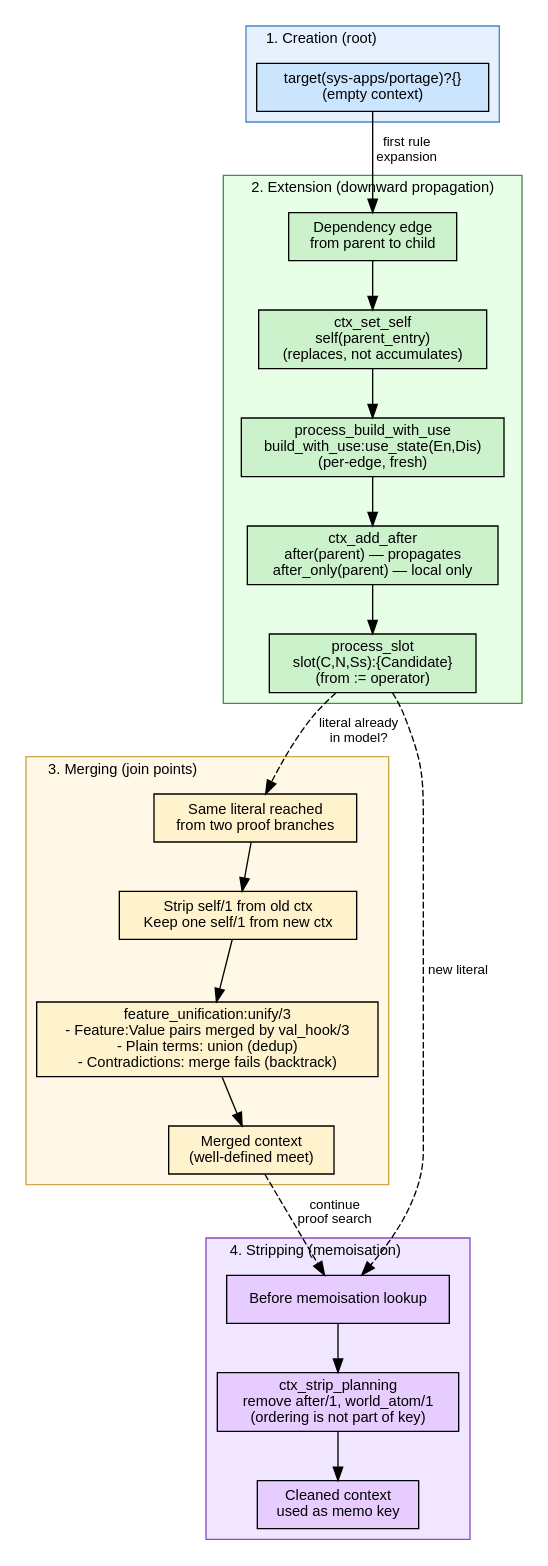
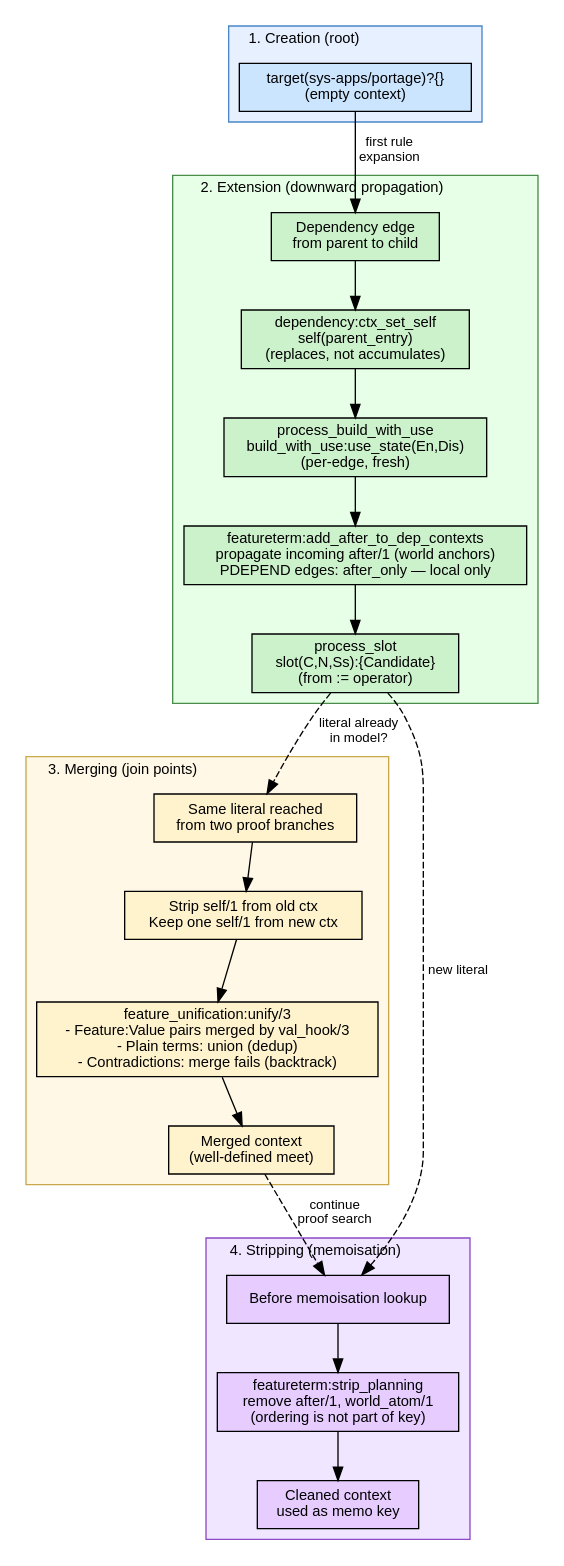
The diagram in Documentation/Handbook/Diagrams/20-context-lifecycle.dot (pvdabeel/prolog), drawn with Graphviz before and after one commit. The commit also changed 83 other files, not shown here.

```diff
--- a/Documentation/Handbook/Diagrams/20-context-lifecycle.dot
+++ b/Documentation/Handbook/Diagrams/20-context-lifecycle.dot
@@ -1,79 +1,79 @@
 // Chapter 20 — Context lifecycle: creation, extension, merging, stripping
 // Render: dot -Tsvg 20-context-lifecycle.dot -o 20-context-lifecycle.svg
 
 digraph context_lifecycle {
     rankdir=TB;
     fontname="Helvetica";
     fontsize=11;
     node [fontname="Helvetica", fontsize=11, style=filled];
     edge [fontname="Helvetica", fontsize=10];
 
     // Phase 1: Creation
     subgraph cluster_create {
         label="1. Creation (root)";
         labeljust=l;
         style=filled;
         fillcolor="#e6f0ff";
         color="#4a86c8";
 
         node [shape=box, fillcolor="#cce5ff"];
         root [label="target(sys-apps/portage)?{}\n(empty context)"];
     }
 
     // Phase 2: Extension
     subgraph cluster_extend {
         label="2. Extension (downward propagation)";
         labeljust=l;
         style=filled;
         fillcolor="#e6ffe6";
         color="#4a8c4a";
 
         node [shape=box, fillcolor="#ccf2cc"];
         dep_edge [label="Dependency edge\nfrom parent to child"];
-        add_self [label="ctx_set_self\nself(parent_entry)\n(replaces, not accumulates)"];
+        add_self [label="dependency:ctx_set_self\nself(parent_entry)\n(replaces, not accumulates)"];
         add_bwu [label="process_build_with_use\nbuild_with_use:use_state(En,Dis)\n(per-edge, fresh)"];
-        add_after [label="ctx_add_after\nafter(parent) — propagates\nafter_only(parent) — local only"];
+        add_after [label="featureterm:add_after_to_dep_contexts\npropagate incoming after/1 (world anchors)\nPDEPEND edges: after_only — local only"];
         add_slot [label="process_slot\nslot(C,N,Ss):{Candidate}\n(from := operator)"];
 
         dep_edge -> add_self -> add_bwu -> add_after -> add_slot;
     }
 
     // Phase 3: Merging
     subgraph cluster_merge {
         label="3. Merging (join points)";
         labeljust=l;
         style=filled;
         fillcolor="#fff8e6";
         color="#c8a84a";
 
         node [shape=box, fillcolor="#fff3cd"];
         join [label="Same literal reached\nfrom two proof branches"];
         strip_self [label="Strip self/1 from old ctx\nKeep one self/1 from new ctx"];
         feat_unify [label="feature_unification:unify/3\n- Feature:Value pairs merged by val_hook/3\n- Plain terms: union (dedup)\n- Contradictions: merge fails (backtrack)"];
         merged [label="Merged context\n(well-defined meet)"];
 
         join -> strip_self -> feat_unify -> merged;
     }
 
     // Phase 4: Stripping
     subgraph cluster_strip {
         label="4. Stripping (memoisation)";
         labeljust=l;
         style=filled;
         fillcolor="#f0e6ff";
         color="#8c4ac8";
 
         node [shape=box, fillcolor="#e6ccff"];
         memo_check [label="Before memoisation lookup"];
-        strip_plan [label="ctx_strip_planning\nremove after/1, world_atom/1\n(ordering is not part of key)"];
+        strip_plan [label="featureterm:strip_planning\nremove after/1, world_atom/1\n(ordering is not part of key)"];
         memo_key [label="Cleaned context\nused as memo key"];
 
         memo_check -> strip_plan -> memo_key;
     }
 
     // Flow between phases
     root -> dep_edge [label="first rule\nexpansion"];
     add_slot -> join [label="literal already\nin model?", style=dashed];
     merged -> memo_check [label="continue\nproof search", style=dashed];
     add_slot -> memo_check [label="new literal", style=dashed];
 }
```
